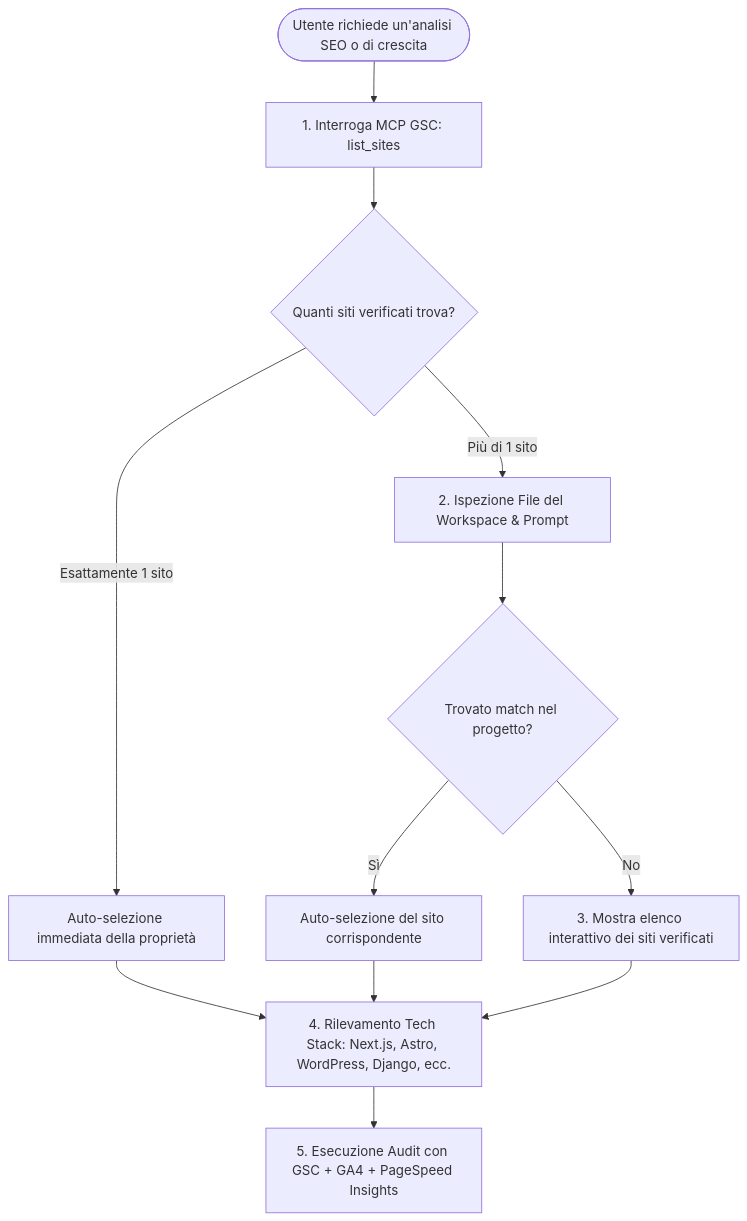
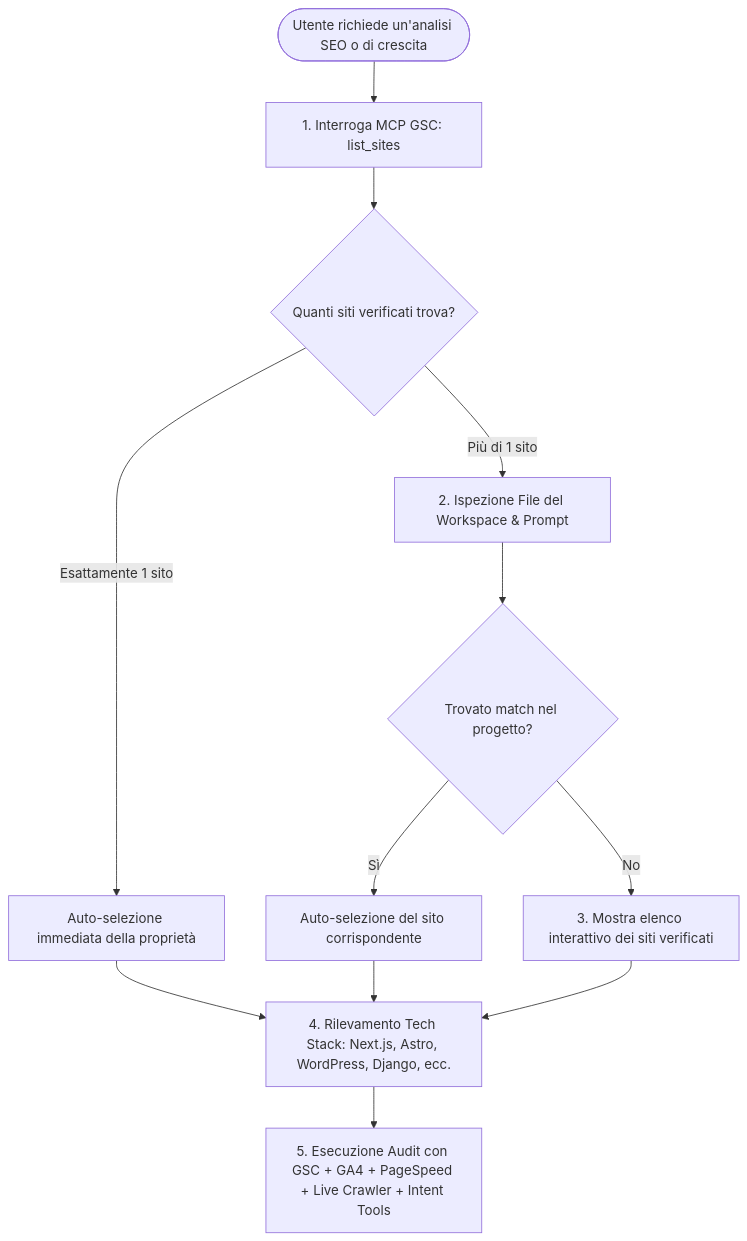
The diagram in README_IT.md (CheckSim/SEO-and-Growth-Agent-Plugin), drawn with Mermaid before and after one commit. The commit also changed other lines of this file and 16 other files, not shown here.

````diff
--- a/README_IT.md
+++ b/README_IT.md
@@ -22,18 +30,18 @@
 ```mermaid
 graph TD
     Start([Utente richiede un'analisi SEO o di crescita]) --> Step1[1. Interroga MCP GSC: list_sites]
     Step1 --> CheckSites{Quanti siti verificati trova?}
     
     CheckSites -->|Esattamente 1 sito| Auto1[Auto-selezione immediata della proprietà]
     CheckSites -->|Più di 1 sito| CheckRepo[2. Ispezione File del Workspace & Prompt]
     
     CheckRepo --> MatchFound{Trovato match nel progetto?}
     MatchFound -->|Sì| Auto2[Auto-selezione del sito corrispondente]
     MatchFound -->|No| AskUser[3. Mostra elenco interattivo dei siti verificati]
     
     Auto1 --> DetectStack[4. Rilevamento Tech Stack: Next.js, Astro, WordPress, Django, ecc.]
     Auto2 --> DetectStack
     AskUser --> DetectStack
     
-    DetectStack --> RunAudit[5. Esecuzione Audit con GSC + GA4 + PageSpeed Insights]
+    DetectStack --> RunAudit[5. Esecuzione Audit con GSC + GA4 + PageSpeed + Live Crawler + Intent Tools]
 ```
````
